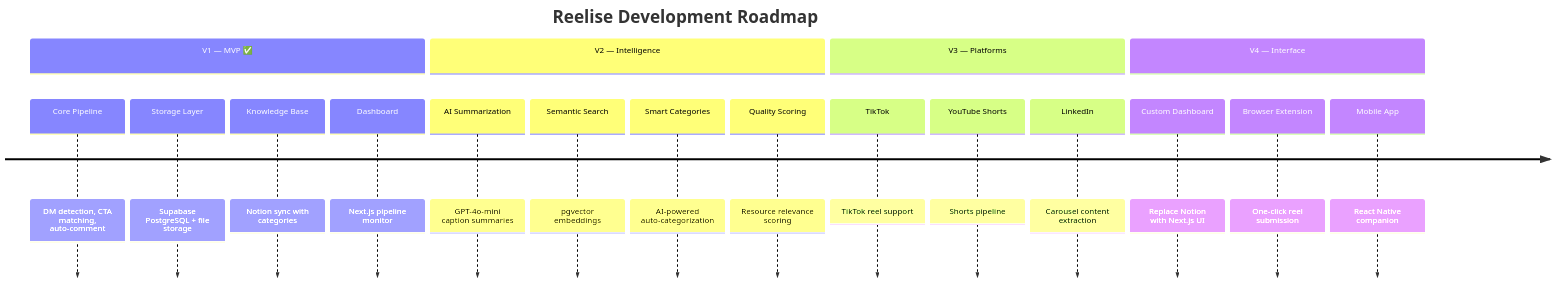
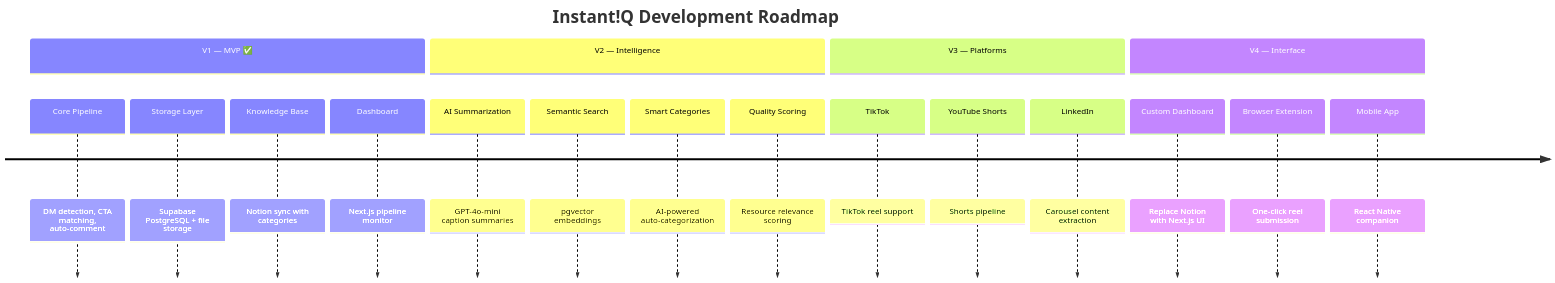
Before and after one commit to santosh5603/instantIQ: the third of 3 diagrams in README.md, drawn with Mermaid. The commit also changed other lines of this file and 13 other files, not shown here.

````diff
--- a/README.md
+++ b/README.md
@@ -721,22 +721,22 @@
 ```mermaid
 timeline
-    title Reelise Development Roadmap
+    title Instant!Q Development Roadmap
     section V1 — MVP ✅
         Core Pipeline : DM detection, CTA matching, auto-comment
         Storage Layer : Supabase PostgreSQL + file storage
         Knowledge Base : Notion sync with categories
         Dashboard : Next.js pipeline monitor
     section V2 — Intelligence
         AI Summarization : GPT-4o-mini caption summaries
         Semantic Search : pgvector embeddings
         Smart Categories : AI-powered auto-categorization
         Quality Scoring : Resource relevance scoring
     section V3 — Platforms
         TikTok : TikTok reel support
         YouTube Shorts : Shorts pipeline
         LinkedIn : Carousel content extraction
     section V4 — Interface
         Custom Dashboard : Replace Notion with Next.js UI
         Browser Extension : One-click reel submission
         Mobile App : React Native companion
 ```
````
